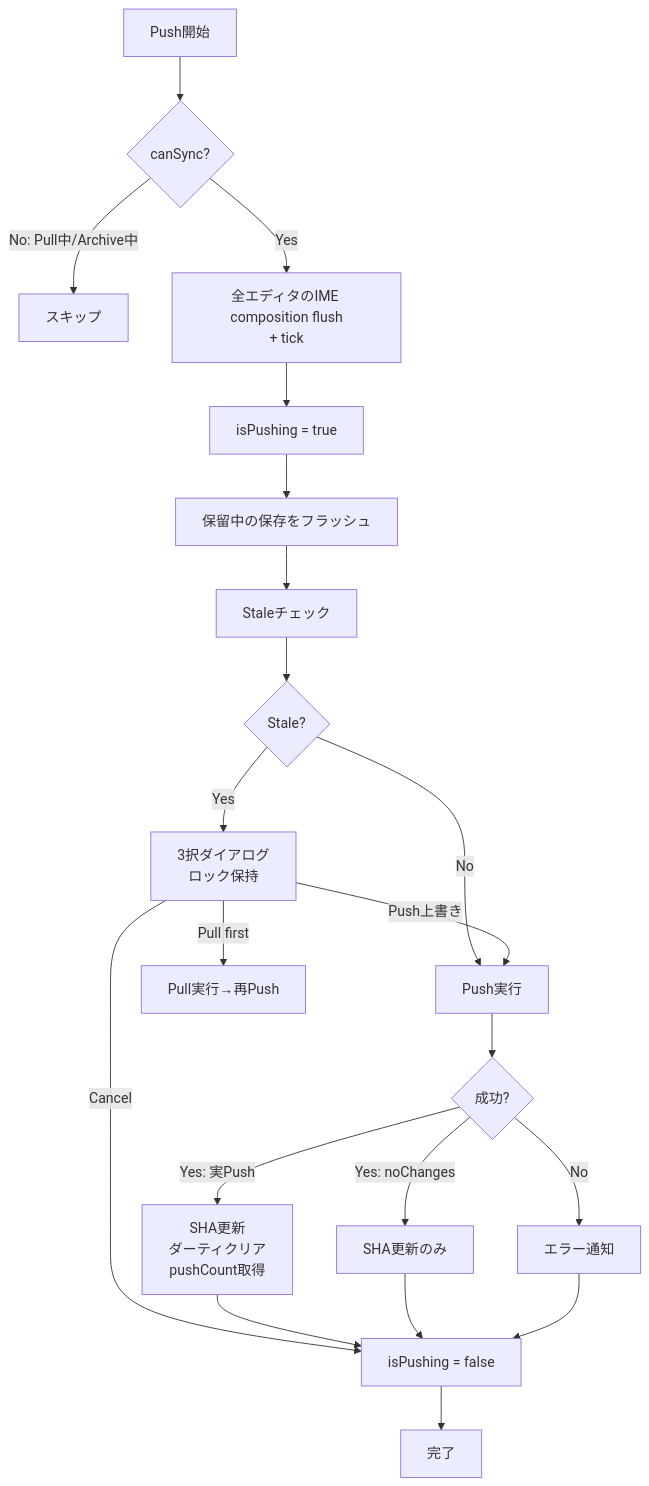
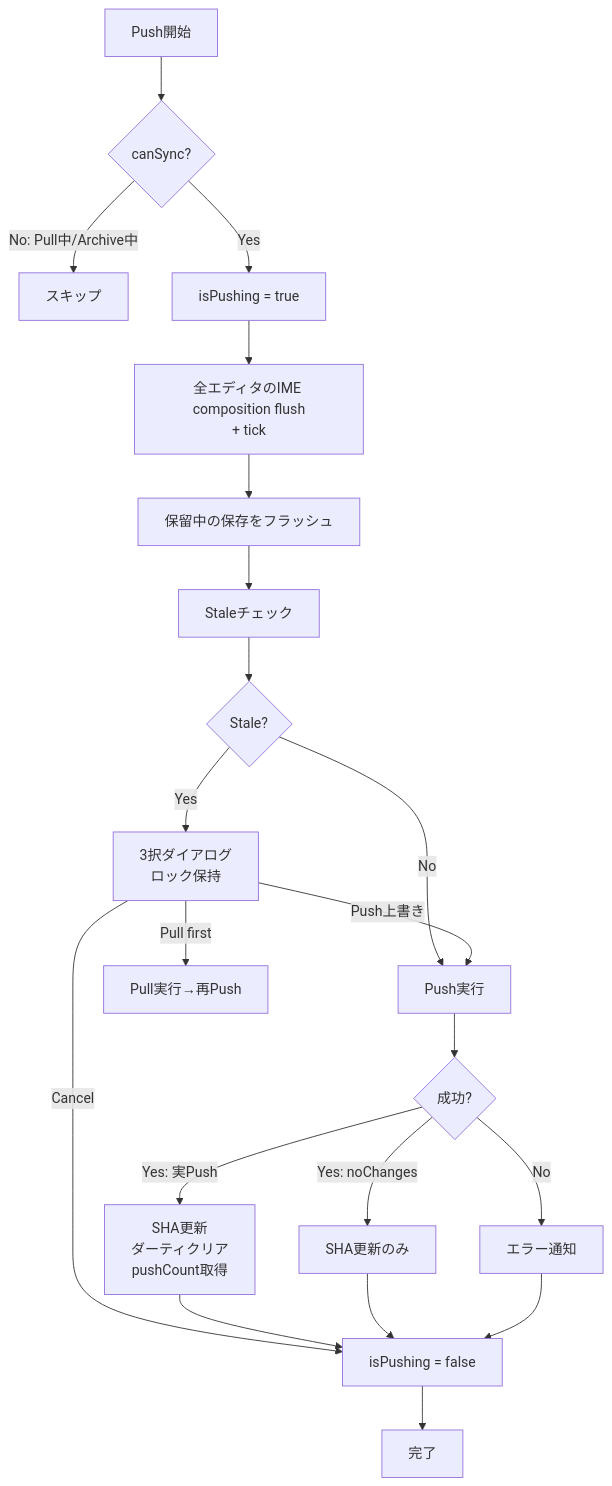
The first of 6 diagrams in docs/development/sync/push-pull.md (kako-jun/agasteer), drawn with Mermaid before and after one commit. The commit also changed other lines of this file and 6 other files, not shown here.

````diff
--- a/docs/development/sync/push-pull.md
+++ b/docs/development/sync/push-pull.md
@@ -58,23 +60,23 @@
 ```mermaid
 flowchart TD
     Start[Push開始] --> Check1{canSync?}
     Check1 -->|No: Pull中/Archive中| End1[スキップ]
-    Check1 -->|Yes| FlushIME[全エディタのIME composition flush<br/>+ tick]
-    FlushIME --> Lock[isPushing = true]
-    Lock --> Flush[保留中の保存をフラッシュ]
+    Check1 -->|Yes| Lock[isPushing = true]
+    Lock --> FlushIME[全エディタのIME composition flush<br/>+ tick]
+    FlushIME --> Flush[保留中の保存をフラッシュ]
     Flush --> Stale[Staleチェック]
     Stale --> Check2{Stale?}
     Check2 -->|Yes| Confirm[3択ダイアログ<br/>ロック保持]
     Check2 -->|No| Push
     Confirm -->|Pull first| PullFirst[Pull実行→再Push]
     Confirm -->|Push上書き| Push[Push実行]
     Confirm -->|Cancel| Unlock
     Push --> Success{成功?}
     Success -->|Yes: 実Push| Clear[SHA更新<br/>ダーティクリア<br/>pushCount取得]
     Success -->|Yes: noChanges| ShaOnly[SHA更新のみ]
     Success -->|No| Notify[エラー通知]
     Clear --> Unlock[isPushing = false]
     ShaOnly --> Unlock
     Notify --> Unlock
     Unlock --> End2[完了]
 ```
````
